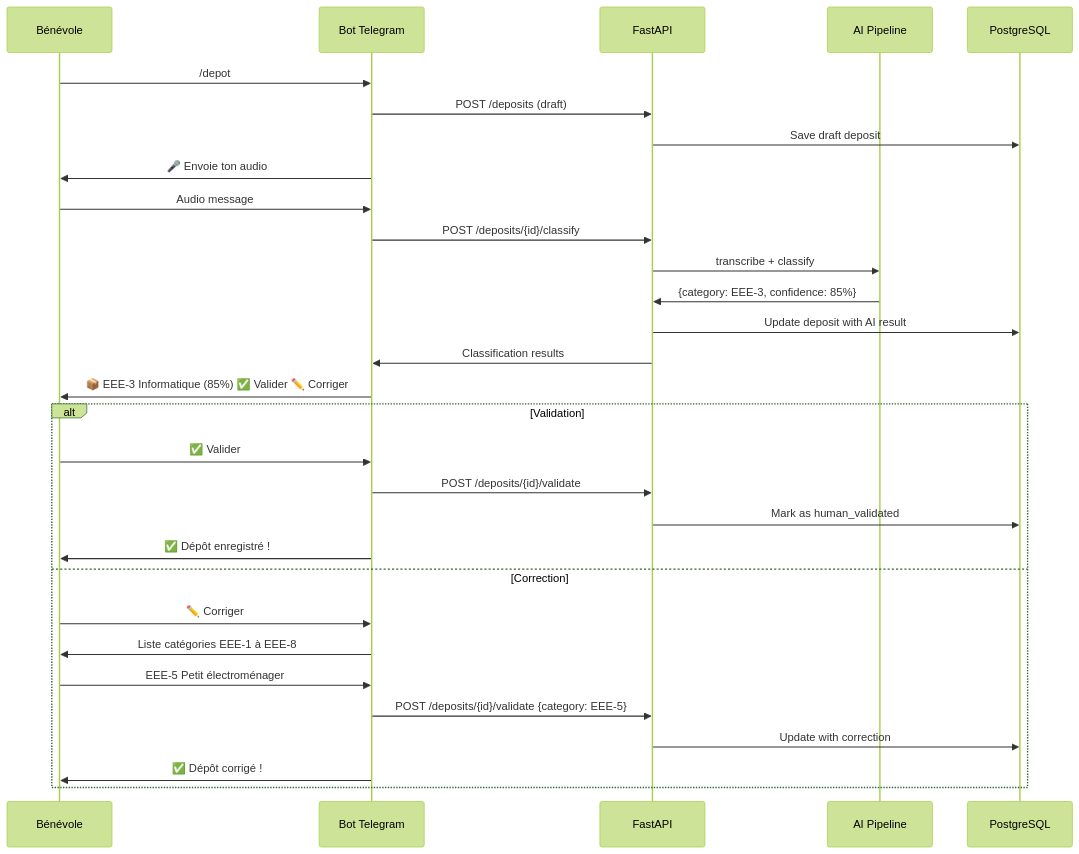
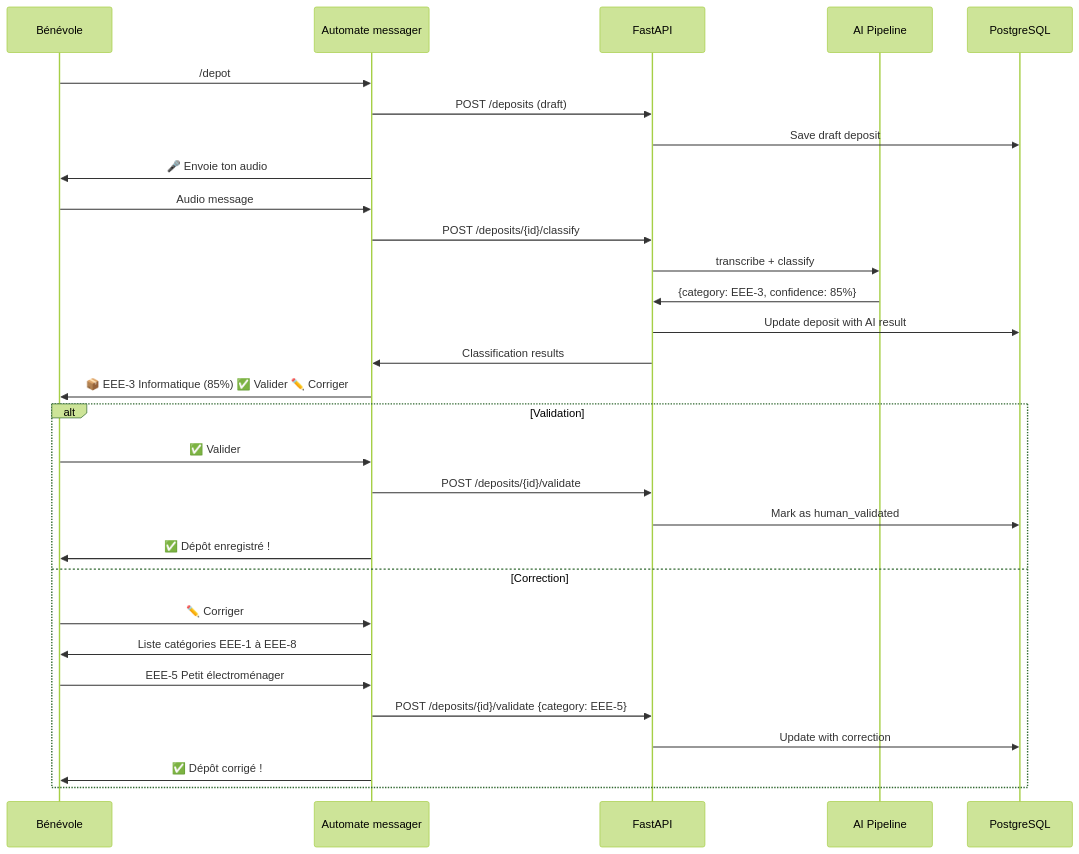
One commit to Strophe27/JARVOS_recyclique changed the second of 3 diagrams in recyclique-1.4.4/docs/architecture_old.md. Above: the diagram before and after it, drawn with Mermaid (forest theme). The commit also changed other lines of this file and 42 other files, not shown here.

````diff
--- a/recyclique-1.4.4/docs/architecture_old.md
+++ b/recyclique-1.4.4/docs/architecture_old.md
@@ -546,36 +546,36 @@
 ```mermaid
 sequenceDiagram
     participant U as Bénévole
-    participant TG as Bot Telegram
+    participant TG as Automate messager
     participant API as FastAPI
     participant AI as AI Pipeline
     participant DB as PostgreSQL
     
     U->>TG: /depot
     TG->>API: POST /deposits (draft)
     API->>DB: Save draft deposit
     TG->>U: 🎤 Envoie ton audio
     
     U->>TG: Audio message
     TG->>API: POST /deposits/{id}/classify
     API->>AI: transcribe + classify
     AI->>API: {category: EEE-3, confidence: 85%}
     API->>DB: Update deposit with AI result
     
     API->>TG: Classification results
     TG->>U: 📦 EEE-3 Informatique (85%) ✅ Valider ✏️ Corriger
     
     alt Validation
         U->>TG: ✅ Valider
         TG->>API: POST /deposits/{id}/validate
         API->>DB: Mark as human_validated
         TG->>U: ✅ Dépôt enregistré !
     else Correction
         U->>TG: ✏️ Corriger
         TG->>U: Liste catégories EEE-1 à EEE-8
         U->>TG: EEE-5 Petit électroménager
         TG->>API: POST /deposits/{id}/validate {category: EEE-5}
         API->>DB: Update with correction
         TG->>U: ✅ Dépôt corrigé !
     end
 ```
````
